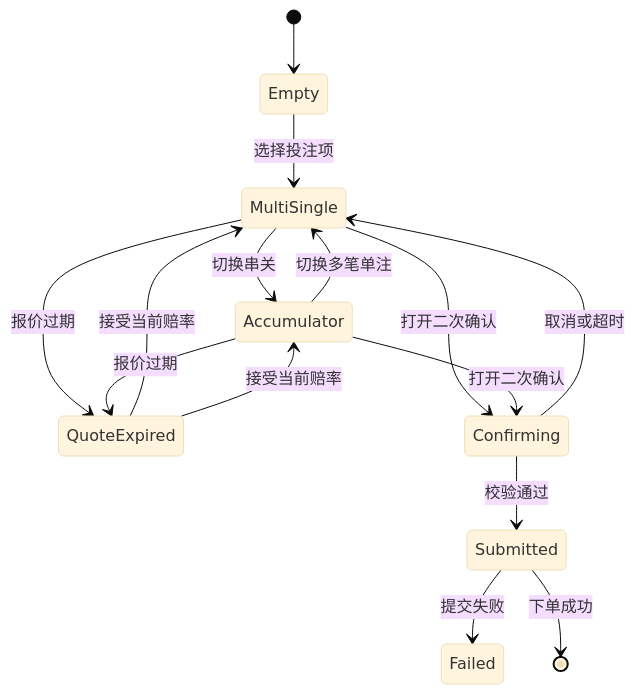
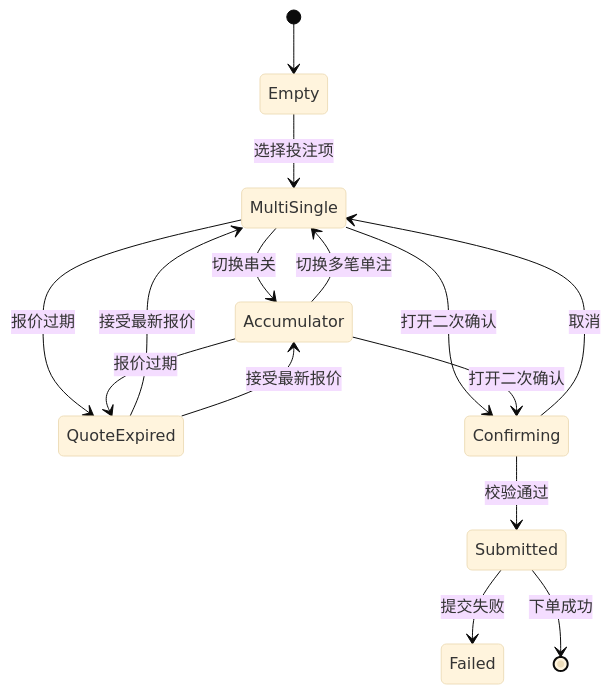
Before and after one commit to Errance/TurboFlow: the fifth of 6 diagrams in Stake足球盘口研究/04_正式产品文档/TurboFlow足球盘口产品需求文档_v4.3.md, drawn with Mermaid (base theme). The commit also changed other lines of this file and 10 other files, not shown here.

First line of the commit message:
fix(soccer): refine multi-single quote confirmation

````diff
--- a/Stake足球盘口研究/04_正式产品文档/TurboFlow足球盘口产品需求文档_v4.3.md
+++ b/Stake足球盘口研究/04_正式产品文档/TurboFlow足球盘口产品需求文档_v4.3.md
@@ -369,17 +369,17 @@
 ```mermaid
 stateDiagram-v2
   [*] --> Empty
   Empty --> MultiSingle: 选择投注项
   MultiSingle --> Accumulator: 切换串关
   Accumulator --> MultiSingle: 切换多笔单注
   MultiSingle --> QuoteExpired: 报价过期
   Accumulator --> QuoteExpired: 报价过期
-  QuoteExpired --> MultiSingle: 接受当前赔率
-  QuoteExpired --> Accumulator: 接受当前赔率
+  QuoteExpired --> MultiSingle: 接受最新报价
+  QuoteExpired --> Accumulator: 接受最新报价
   MultiSingle --> Confirming: 打开二次确认
   Accumulator --> Confirming: 打开二次确认
-  Confirming --> MultiSingle: 取消或超时
+  Confirming --> MultiSingle: 取消
   Confirming --> Submitted: 校验通过
   Submitted --> Failed: 提交失败
   Submitted --> [*]: 下单成功
 ```
````
